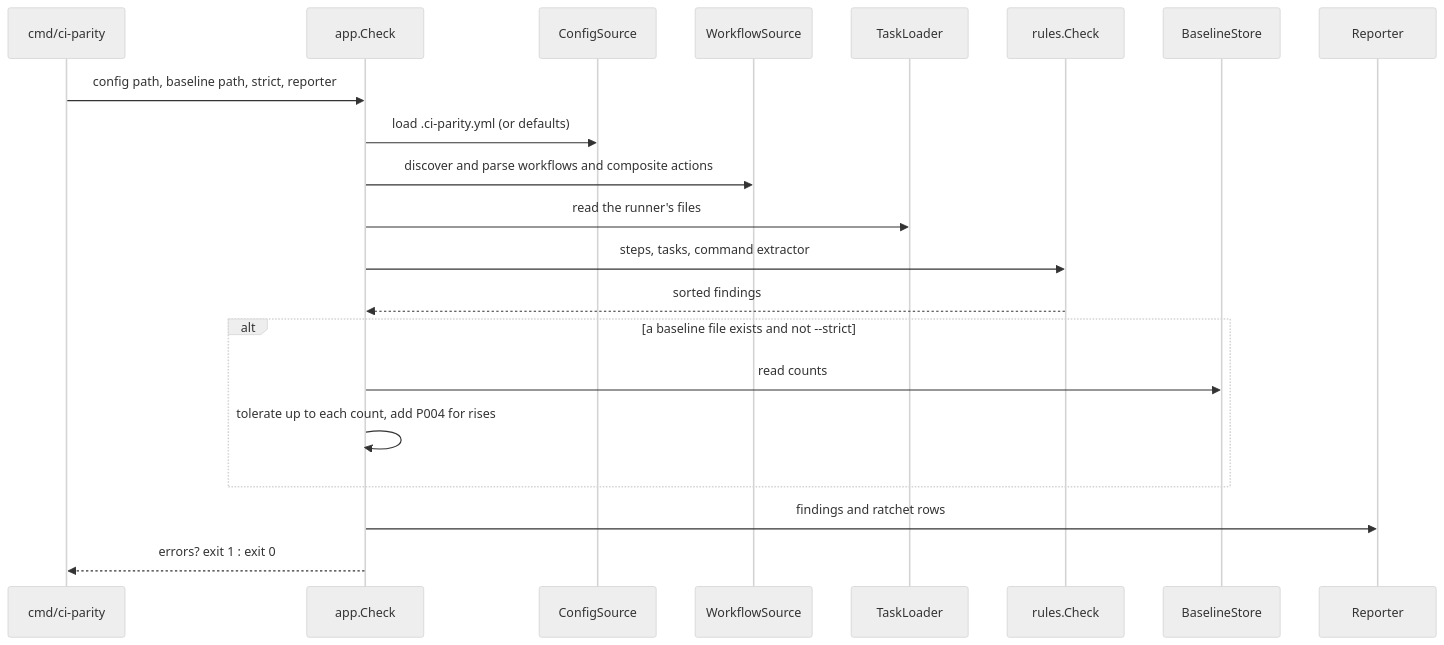
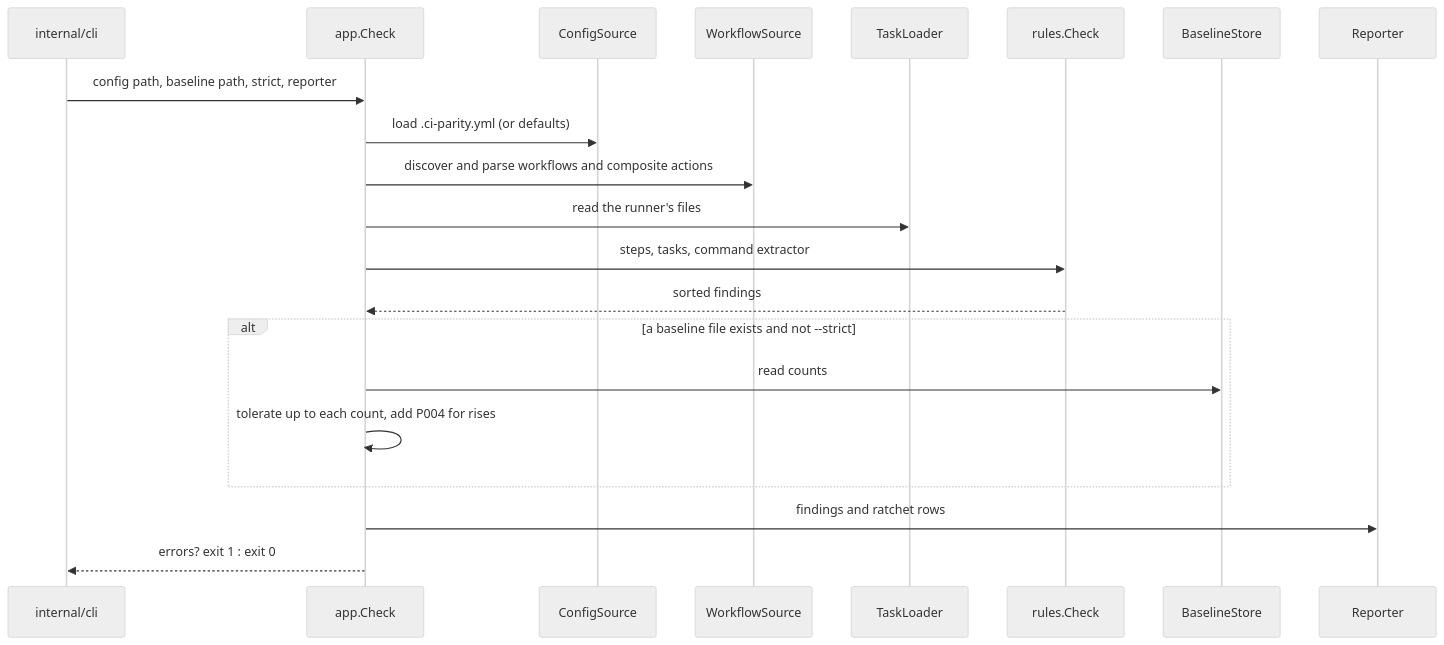
Before and after one commit to jimmykurian/ci-parity: the first of 3 diagrams in docs/architecture/flows.md, drawn with Mermaid (neutral theme). The commit also changed other lines of this file and 22 other files, not shown here.

````diff
--- a/docs/architecture/flows.md
+++ b/docs/architecture/flows.md
@@ -13,23 +13,23 @@
 ```mermaid
 sequenceDiagram
-    participant CLI as cmd/ci-parity
+    participant CLI as internal/cli
     participant App as app.Check
     participant Cfg as ConfigSource
     participant WF as WorkflowSource
     participant TL as TaskLoader
     participant Rules as rules.Check
     participant BL as BaselineStore
     participant Rep as Reporter
     CLI->>App: config path, baseline path, strict, reporter
     App->>Cfg: load .ci-parity.yml (or defaults)
     App->>WF: discover and parse workflows and composite actions
     App->>TL: read the runner's files
     App->>Rules: steps, tasks, command extractor
     Rules-->>App: sorted findings
     alt a baseline file exists and not --strict
         App->>BL: read counts
         App->>App: tolerate up to each count, add P004 for rises
     end
     App->>Rep: findings and ratchet rows
     App-->>CLI: errors? exit 1 : exit 0
 ```
````
